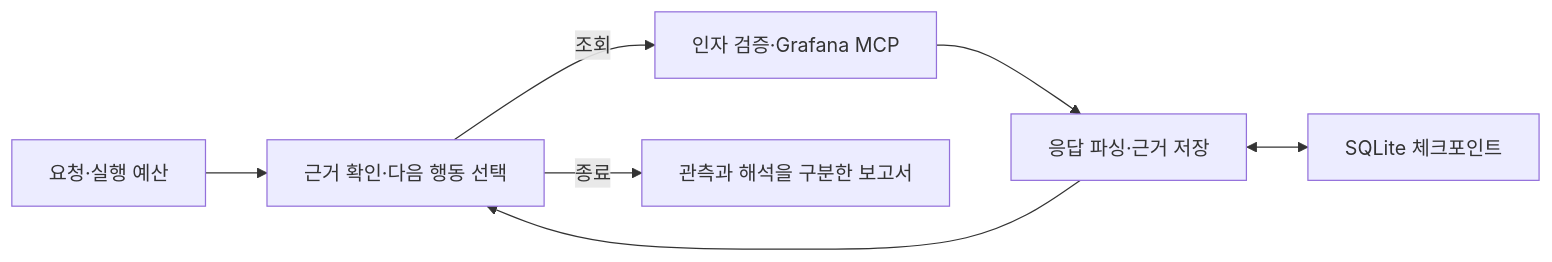
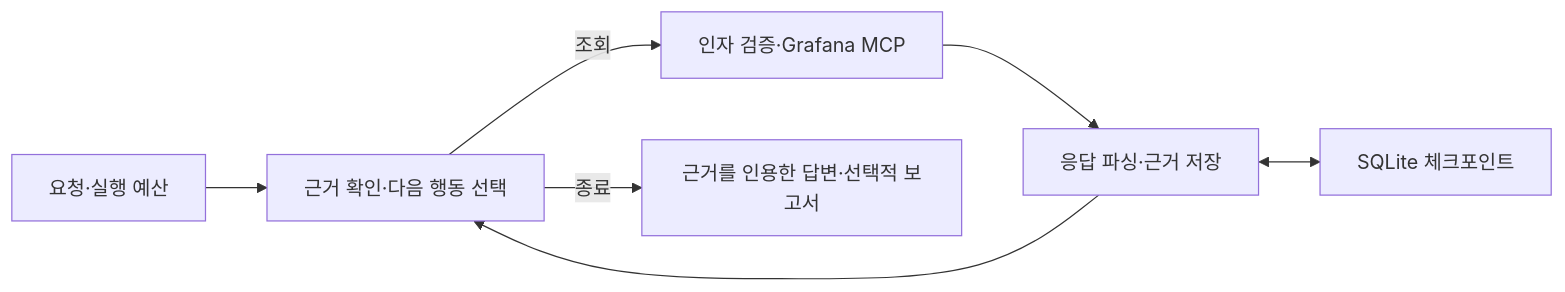
One commit to mediunn/Livith-Ops-Agent changed the diagram in docs/architecture/agent-workflow.md. Above: the diagram before and after it, drawn with Mermaid. The commit also changed other lines of this file and 33 other files, not shown here.

````diff
--- a/docs/architecture/agent-workflow.md
+++ b/docs/architecture/agent-workflow.md
@@ -8,9 +8,9 @@
 ```mermaid
 flowchart LR
   Start[요청·실행 예산] --> Decide[근거 확인·다음 행동 선택]
   Decide -->|조회| Query[인자 검증·Grafana MCP]
   Query --> Save[응답 파싱·근거 저장]
   Save --> Decide
-  Decide -->|종료| Report[관측과 해석을 구분한 보고서]
+  Decide -->|종료| Report[근거를 인용한 답변·선택적 보고서]
   Save <--> Checkpoint[SQLite 체크포인트]
 ```
````
